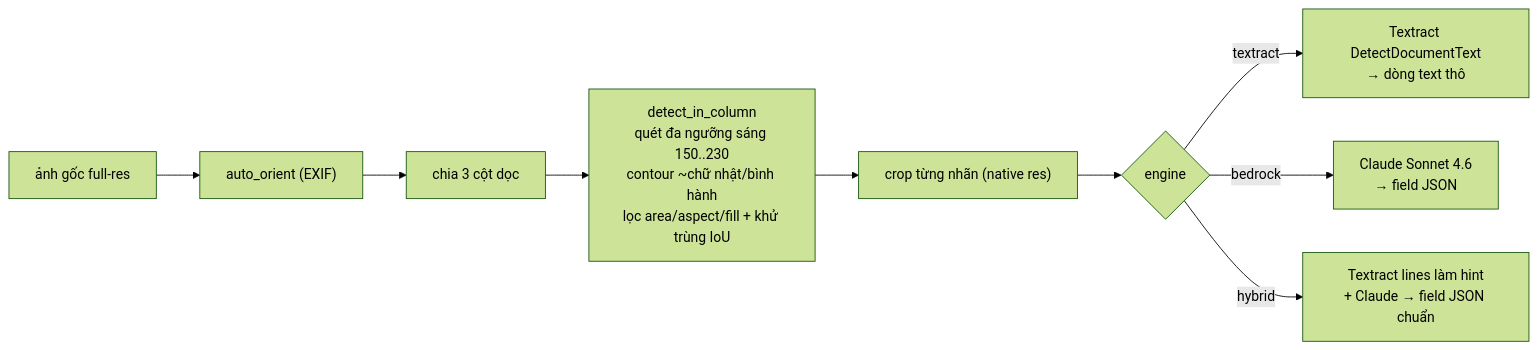
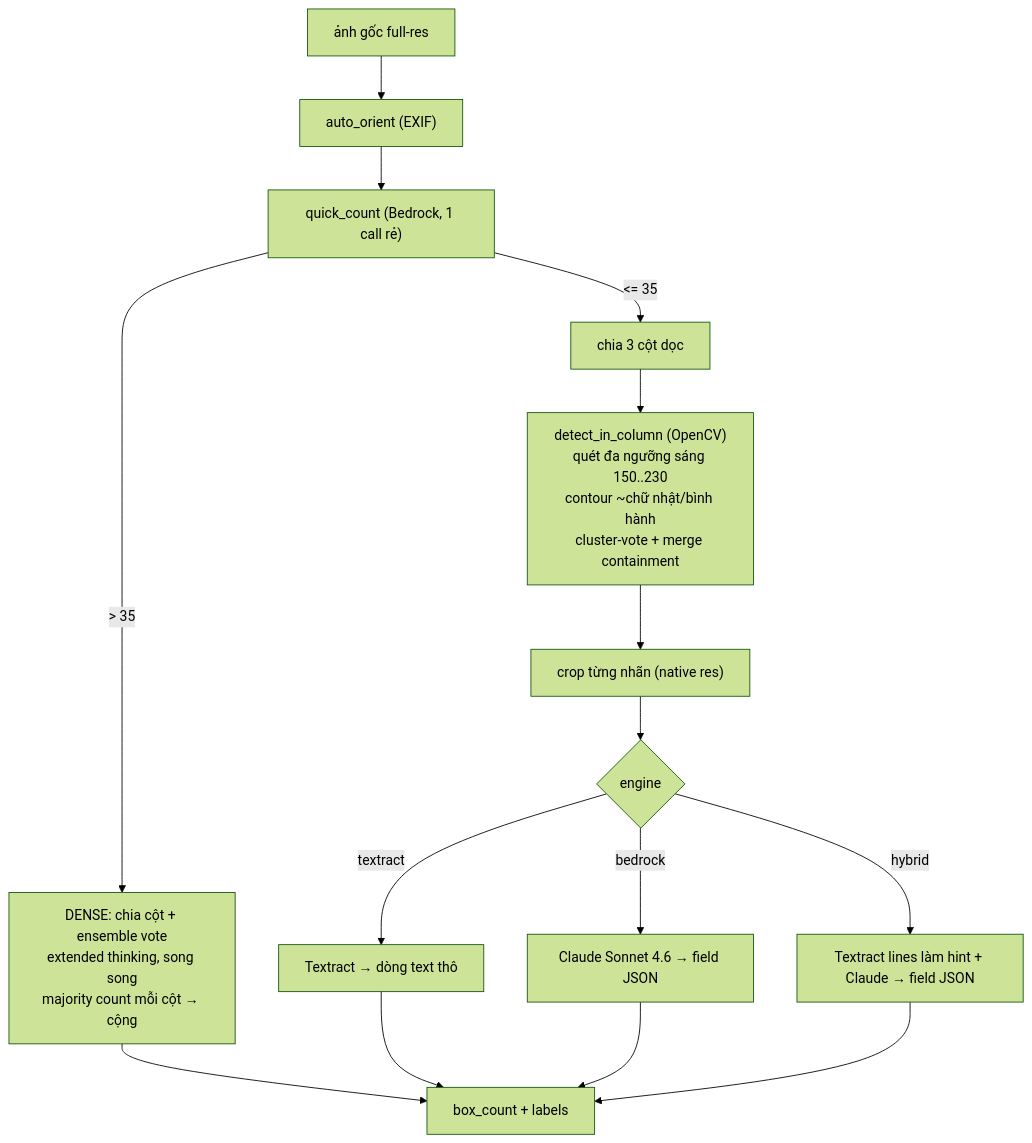
Before and after one commit to PNg-HA/box-label-extractor: the diagram in pyapp/README.md, drawn with Mermaid (forest theme). The commit also changed other lines of this file and 6 other files, not shown here.

````diff
--- a/pyapp/README.md
+++ b/pyapp/README.md
@@ -12,11 +17,17 @@
 ```mermaid
-flowchart LR
-    A["ảnh gốc full-res"] --> B["auto_orient (EXIF)"]
-    B --> C["chia 3 cột dọc"]
-    C --> D["detect_in_column<br/>quét đa ngưỡng sáng 150..230<br/>contour ~chữ nhật/bình hành<br/>lọc area/aspect/fill + khử trùng IoU"]
+flowchart TD
+    A["ảnh gốc full-res"] --> O["auto_orient (EXIF)"]
+    O --> Q["quick_count (Bedrock, 1 call rẻ)"]
+    Q -->|<= 35| C["chia 3 cột dọc"]
+    Q -->|> 35| DEN["DENSE: chia cột + ensemble vote<br/>extended thinking, song song<br/>majority count mỗi cột → cộng"]
+    C --> D["detect_in_column (OpenCV)<br/>quét đa ngưỡng sáng 150..230<br/>contour ~chữ nhật/bình hành<br/>cluster-vote + merge containment"]
     D --> E["crop từng nhãn (native res)"]
     E --> F{engine}
-    F -->|textract| G["Textract DetectDocumentText<br/>→ dòng text thô"]
-    F -->|bedrock| H["Claude Sonnet 4.6<br/>→ field JSON"]
-    F -->|hybrid| I["Textract lines làm hint<br/>+ Claude → field JSON chuẩn"]
+    F -->|textract| G["Textract → dòng text thô"]
+    F -->|bedrock| H["Claude Sonnet 4.6 → field JSON"]
+    F -->|hybrid| I["Textract lines làm hint + Claude → field JSON"]
+    DEN --> Z["box_count + labels"]
+    G --> Z
+    H --> Z
+    I --> Z
 ```
````
